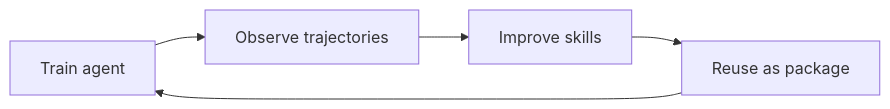
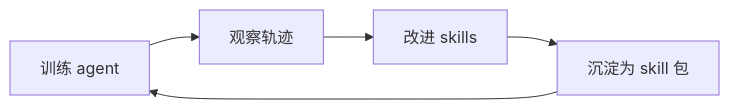
Before and after one commit to Codekiing/Agent4AgenticRL-Skill: the third of 3 diagrams in README.md, drawn with Mermaid. The commit also changed other lines of this file, not shown here.

````diff
--- a/README.md
+++ b/README.md
@@ -100,7 +102,7 @@
 ```mermaid
 flowchart LR
-    Train[Train agent] --> Observe[Observe trajectories]
-    Observe --> Improve[Improve skills]
-    Improve --> Reuse[Reuse as package]
+    Train[训练 agent] --> Observe[观察轨迹]
+    Observe --> Improve[改进 skills]
+    Improve --> Reuse[沉淀为 skill 包]
     Reuse --> Train
 ```
````
